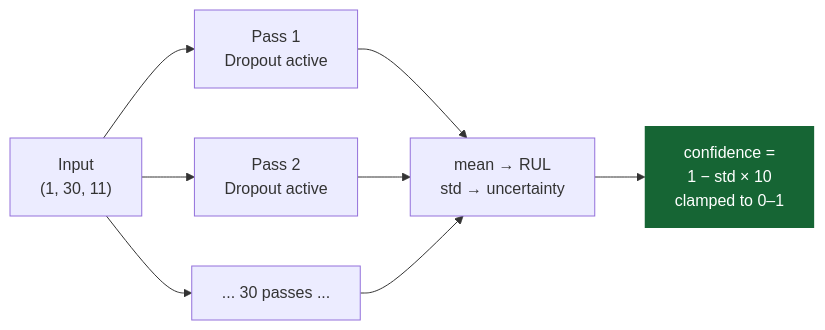
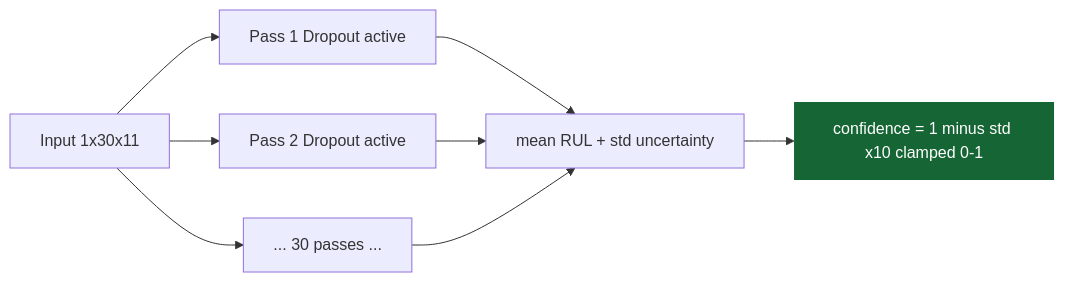
The second of 3 diagrams in docs/04_model_training.md (nasim-raj-laskar/Real-Time-Aircraft-Engine-Predictive-Maintenance-System), drawn with Mermaid before and after one commit. The commit also changed other lines of this file and 10 other files, not shown here.

Commit message:
Broken Diagrams Fixed and docs Updated

````diff
--- a/docs/04_model_training.md
+++ b/docs/04_model_training.md
@@ -53,10 +53,12 @@
 ```mermaid
 flowchart LR
-    X["Input\n(1, 30, 11)"] --> P1["Pass 1\nDropout active"]
-    X --> P2["Pass 2\nDropout active"]
-    X --> P3["... 30 passes ..."]
-    P1 & P2 & P3 --> STATS["mean → RUL\nstd → uncertainty"]
-    STATS --> CONF["confidence =\n1 − std × 10\nclamped to 0–1"]
+    X[Input 1x30x11] --> P1[Pass 1 Dropout active]
+    X --> P2[Pass 2 Dropout active]
+    X --> P3[... 30 passes ...]
+    P1 --> STATS[mean RUL + std uncertainty]
+    P2 --> STATS
+    P3 --> STATS
+    STATS --> CONF[confidence = 1 minus std x10 clamped 0-1]
 
     style CONF fill:#166534,color:#fff,stroke:none
 ```
````
